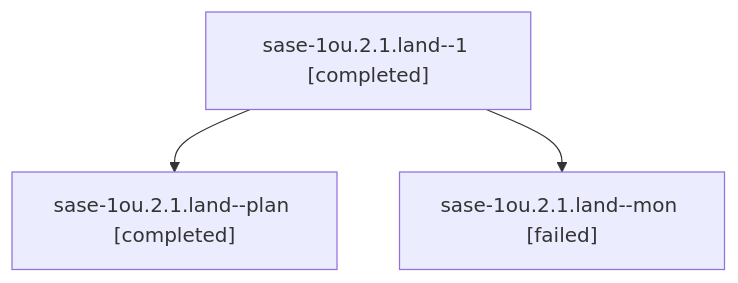
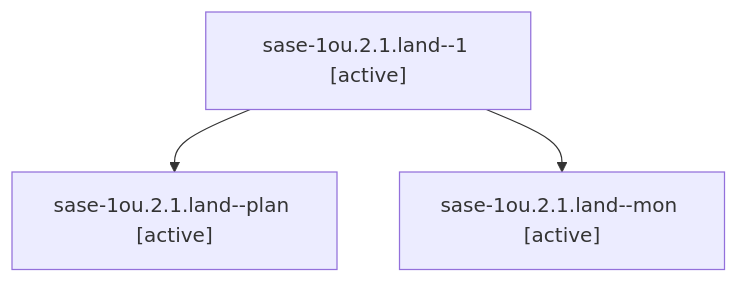
Before and after one commit to sase-org/sase--agents: the diagram in sessions/bbugyi200.athena.sase-1ou.2.1.land.md, drawn with Mermaid. The commit also changed other lines of this file and 93 other files, not shown here.

````diff
--- a/sessions/bbugyi200.athena.sase-1ou.2.1.land.md
+++ b/sessions/bbugyi200.athena.sase-1ou.2.1.land.md
@@ -9,8 +9,8 @@
 ```mermaid
 flowchart TD
-  n0["sase-1ou.2.1.land--1 [completed]"]
-  n1["sase-1ou.2.1.land--plan [completed]"]
+  n0["sase-1ou.2.1.land--1 [active]"]
+  n1["sase-1ou.2.1.land--plan [active]"]
   n0 --> n1
-  n2["sase-1ou.2.1.land--mon [failed]"]
+  n2["sase-1ou.2.1.land--mon [active]"]
   n0 --> n2
 ```
````
